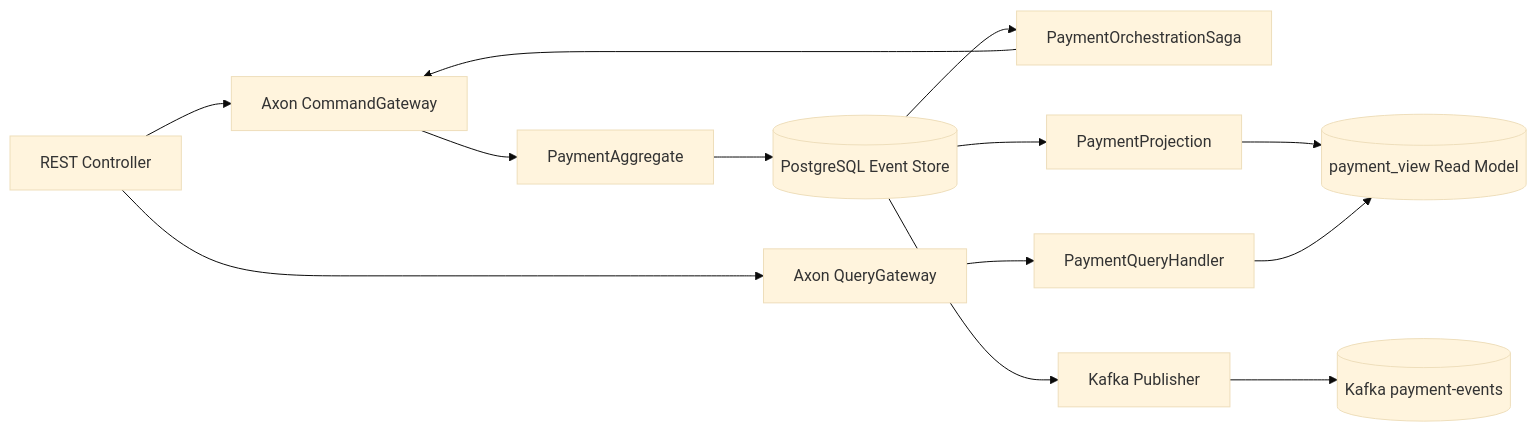
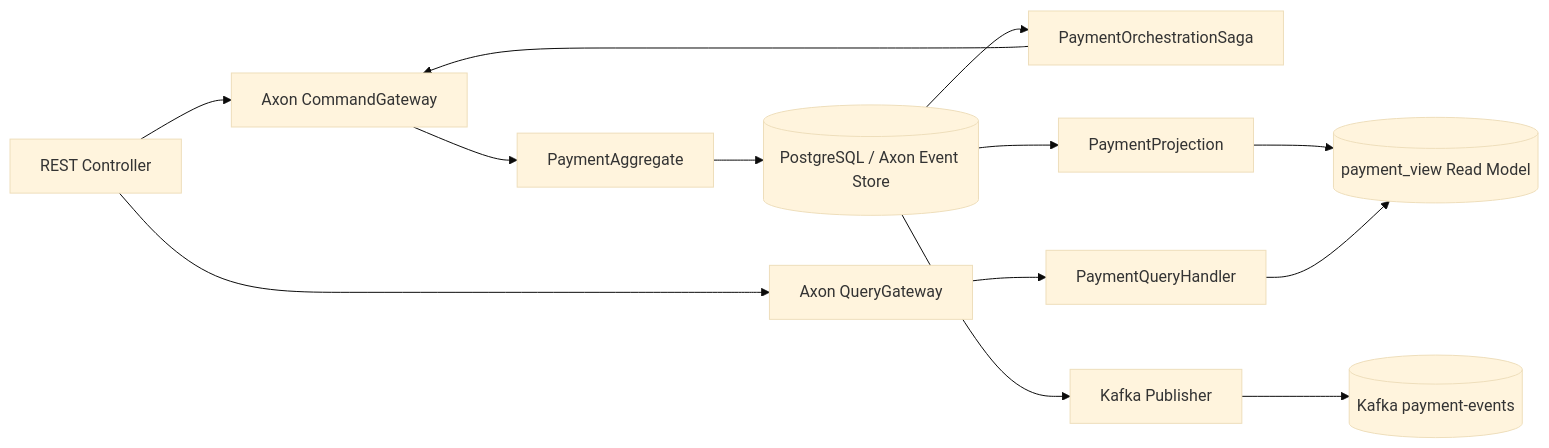
One commit to edgarrth/java-saga-orquestacion-axon changed the diagram in README.md. Above: the diagram before and after it, drawn with Mermaid (base theme). The commit also changed other lines of this file and 13 other files, not shown here.

````diff
--- a/README.md
+++ b/README.md
@@ -18,15 +18,15 @@
 ```mermaid
 flowchart LR
     API[REST Controller] --> CG[Axon CommandGateway]
     CG --> AGG[PaymentAggregate]
-    AGG --> ES[(PostgreSQL Event Store)]
+    AGG --> ES[(PostgreSQL / Axon Event Store)]
     ES --> SAGA[PaymentOrchestrationSaga]
     SAGA --> CG
     ES --> PROJ[PaymentProjection]
     PROJ --> RM[(payment_view Read Model)]
     API --> QG[Axon QueryGateway]
     QG --> QH[PaymentQueryHandler]
     QH --> RM
     ES --> KP[Kafka Publisher]
     KP --> KAFKA[(Kafka payment-events)]
 ```
````
